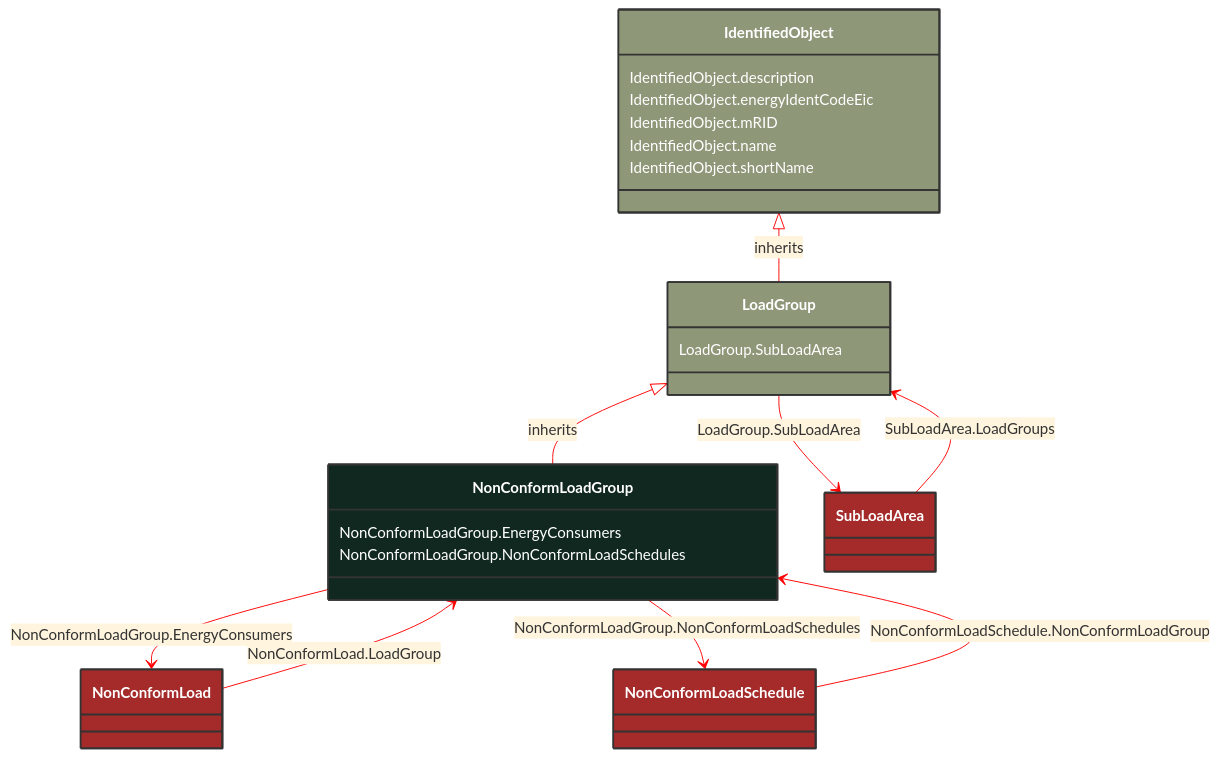
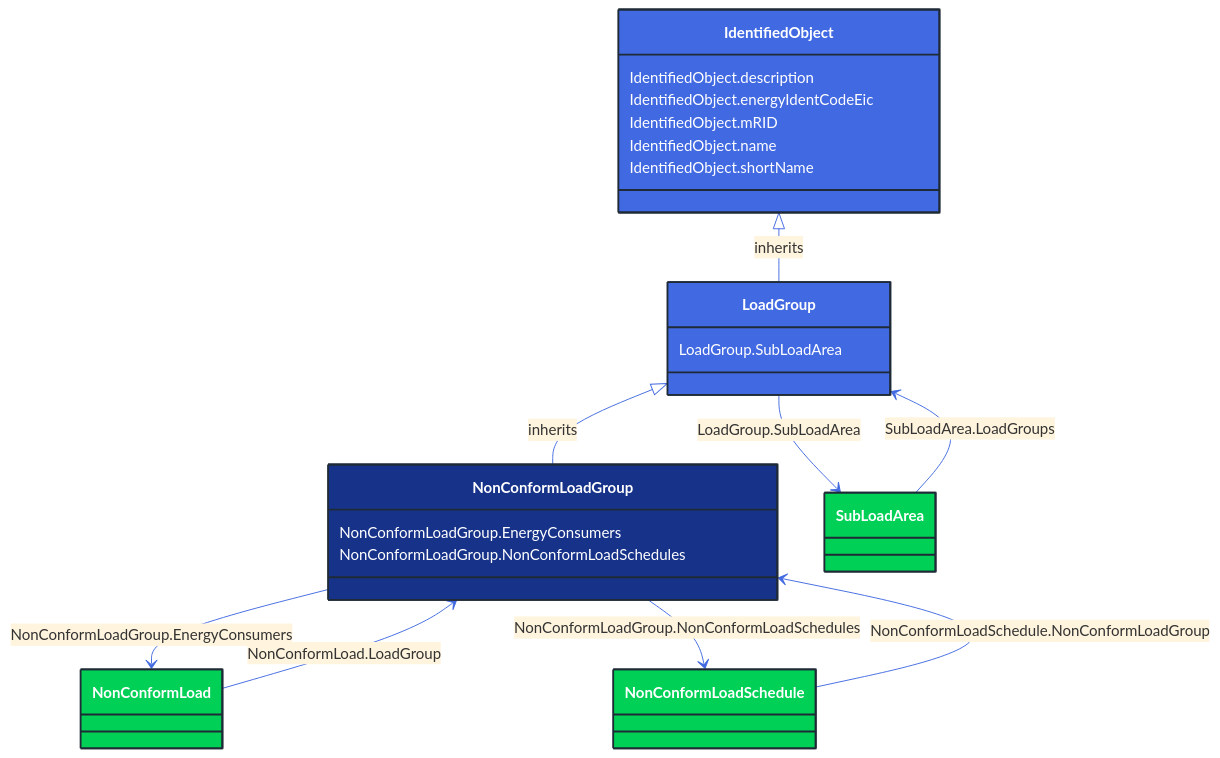
The diagram in docs/Models/Profiles/CoreEquipment/ConcreteClasses/NonConformLoadGroup.md (3lbits/NoCIMExtensions), drawn with Mermaid before and after one commit. The commit also changed 362 other files, not shown here.

First line of the commit message:
Update diagrams and styles for improved visual consistency

````diff
--- a/docs/Models/Profiles/CoreEquipment/ConcreteClasses/NonConformLoadGroup.md
+++ b/docs/Models/Profiles/CoreEquipment/ConcreteClasses/NonConformLoadGroup.md
@@ -8,59 +8,59 @@
 ```mermaid
-%%{init: {'theme':'base','themeVariables': {'lineColor': '#FF0000'}}}%%
+%%{init: {'theme':'base','themeVariables': {'lineColor': '#4169E1'}}}%%
 classDiagram
     class NonConformLoadGroup
     click NonConformLoadGroup href "/Models/Profiles/CoreEquipment/ConcreteClasses/NonConformLoadGroup/"
-    style NonConformLoadGroup fill:#102820,stroke:#333,stroke-width:2px,rx:10,ry:10,color:white
+    style NonConformLoadGroup fill:#163289,stroke:#1F2A37,stroke-width:2px,rx:10,ry:10,color:white
      
         LoadGroup <|-- NonConformLoadGroup : inherits
             click LoadGroup href "/Models/Profiles/CoreEquipment/AbstractClasses/LoadGroup/"
-            style LoadGroup fill:#8F9779,stroke:#333,stroke-width:2px,rx:10,ry:10,color:white
+            style LoadGroup fill:#4169E1,stroke:#1F2A37,stroke-width:2px,rx:10,ry:10,color:white
      
         IdentifiedObject <|-- LoadGroup : inherits
             click IdentifiedObject href "/Models/Profiles/CoreEquipment/AbstractClasses/IdentifiedObject/"
-            style IdentifiedObject fill:#8F9779,stroke:#333,stroke-width:2px,rx:10,ry:10,color:white
+            style IdentifiedObject fill:#4169E1,stroke:#1F2A37,stroke-width:2px,rx:10,ry:10,color:white
 
         NonConformLoadGroup --> NonConformLoad : NonConformLoadGroup.EnergyConsumers
 
         NonConformLoad
             click NonConformLoad href "/Models/Profiles/CoreEquipment/ConcreteClasses/NonConformLoad/"
-            style NonConformLoad fill:#A52A2A,stroke:#333,stroke-width:2px,rx:10,ry:10,color:white
+            style NonConformLoad fill:#00D156,stroke:#1F2A37,stroke-width:2px,rx:10,ry:10,color:white
         NonConformLoadGroup --> NonConformLoadSchedule : NonConformLoadGroup.NonConformLoadSchedules
 
         NonConformLoadSchedule
             click NonConformLoadSchedule href "/Models/Profiles/CoreEquipment/ConcreteClasses/NonConformLoadSchedule/"
-            style NonConformLoadSchedule fill:#A52A2A,stroke:#333,stroke-width:2px,rx:10,ry:10,color:white
+            style NonConformLoadSchedule fill:#00D156,stroke:#1F2A37,stroke-width:2px,rx:10,ry:10,color:white
         LoadGroup --> SubLoadArea : LoadGroup.SubLoadArea
 
         SubLoadArea
             click SubLoadArea href "/Models/Profiles/CoreEquipment/ConcreteClasses/SubLoadArea/"
-            style SubLoadArea fill:#A52A2A,stroke:#333,stroke-width:2px,rx:10,ry:10,color:white
+            style SubLoadArea fill:#00D156,stroke:#1F2A37,stroke-width:2px,rx:10,ry:10,color:white
 
         NonConformLoad --> NonConformLoadGroup : NonConformLoad.LoadGroup
 
         NonConformLoad
             click NonConformLoad href "/Models/Profiles/CoreEquipment/ConcreteClasses/NonConformLoad/"
-            style NonConformLoad fill:#A52A2A,stroke:#333,stroke-width:2px,rx:10,ry:10,color:white
+            style NonConformLoad fill:#00D156,stroke:#1F2A37,stroke-width:2px,rx:10,ry:10,color:white
 
         NonConformLoadSchedule --> NonConformLoadGroup : NonConformLoadSchedule.NonConformLoadGroup
 
         NonConformLoadSchedule
             click NonConformLoadSchedule href "/Models/Profiles/CoreEquipment/ConcreteClasses/NonConformLoadSchedule/"
-            style NonConformLoadSchedule fill:#A52A2A,stroke:#333,stroke-width:2px,rx:10,ry:10,color:white
+            style NonConformLoadSchedule fill:#00D156,stroke:#1F2A37,stroke-width:2px,rx:10,ry:10,color:white
 
         SubLoadArea --> LoadGroup : SubLoadArea.LoadGroups
 
         SubLoadArea
             click SubLoadArea href "/Models/Profiles/CoreEquipment/ConcreteClasses/SubLoadArea/"
-            style SubLoadArea fill:#A52A2A,stroke:#333,stroke-width:2px,rx:10,ry:10,color:white
+            style SubLoadArea fill:#00D156,stroke:#1F2A37,stroke-width:2px,rx:10,ry:10,color:white
 
 
         NonConformLoadGroup : NonConformLoadGroup.EnergyConsumers
         NonConformLoadGroup : NonConformLoadGroup.NonConformLoadSchedules
         LoadGroup : LoadGroup.SubLoadArea
         IdentifiedObject : IdentifiedObject.description
         IdentifiedObject : IdentifiedObject.energyIdentCodeEic
         IdentifiedObject : IdentifiedObject.mRID
         IdentifiedObject : IdentifiedObject.name
         IdentifiedObject : IdentifiedObject.shortName
 ```
````
